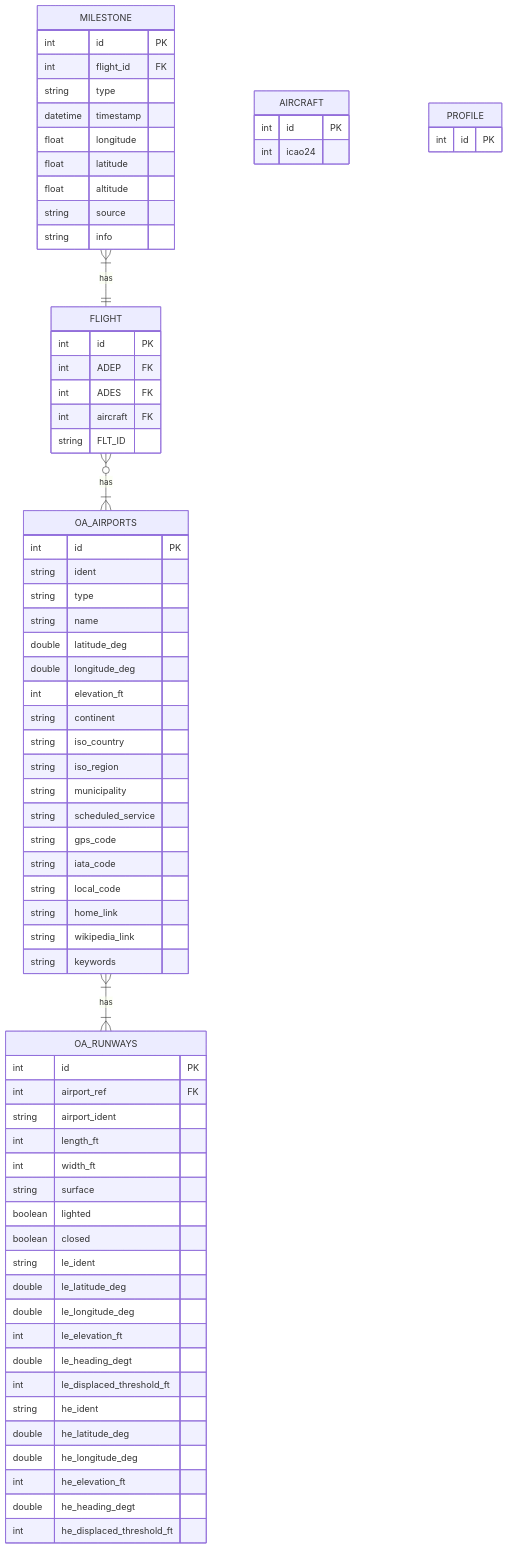
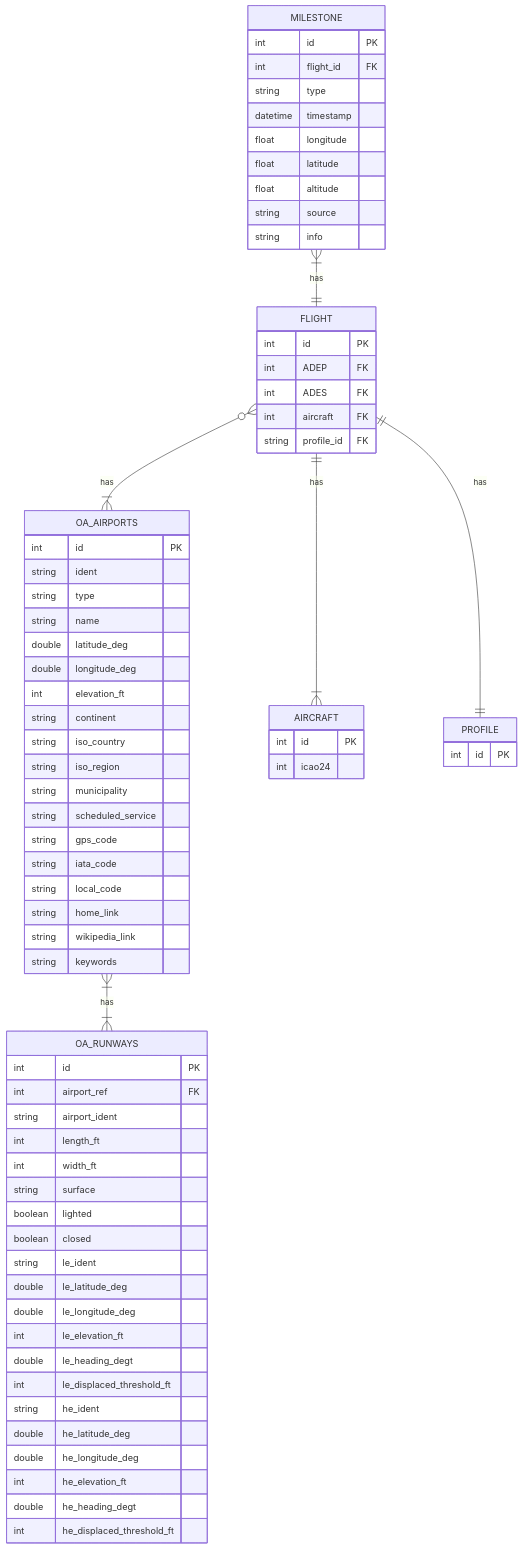
One commit to euctrl-pru/flight-milestones-concepts changed the diagram in index.qmd. Above: the diagram before and after it, drawn with Mermaid. The commit also changed 2 other files, not shown here.

Commit message:
Updated ER Diagram

````diff
--- a/index.qmd
+++ b/index.qmd
@@ -134,78 +134,80 @@
 ```{mermaid}
 %%| label: fig-er-diagram
 %%| fig-cap: "Entity-Relationship diagram for Milestone and relevant concepts."
 
 erDiagram
     MILESTONE {
         int id PK
         int flight_id FK
         string type
         datetime timestamp
         float longitude
         float latitude
         float altitude
         string source
         string info
     }
     FLIGHT {
         int id PK
         int ADEP FK
         int ADES FK
         int aircraft FK
-        string FLT_ID
+        string profile_id FK
     }
     OA_AIRPORTS {
         int id PK
         string ident
         string type
         string name
         double latitude_deg
         double longitude_deg
         int elevation_ft
         string continent
         string iso_country
         string iso_region
         string municipality
         string scheduled_service
         string gps_code
         string iata_code
         string local_code
         string home_link
         string wikipedia_link
         string keywords
     }
     OA_RUNWAYS {
         int id PK
         int airport_ref FK
         string airport_ident
         int length_ft
         int width_ft
         string surface
         boolean lighted
         boolean closed
         string le_ident
         double le_latitude_deg
         double le_longitude_deg
         int le_elevation_ft
         double le_heading_degt
         int le_displaced_threshold_ft
         string he_ident
         double he_latitude_deg
         double he_longitude_deg
         int he_elevation_ft
         double he_heading_degt
         int he_displaced_threshold_ft
     }
     AIRCRAFT {
         int id PK
         int icao24
     }
     PROFILE {
         int id PK
     }
     
     MILESTONE }|--|| FLIGHT : has
     FLIGHT    }o--|{ OA_AIRPORTS : has
     OA_AIRPORTS   }|--|{ OA_RUNWAYS : has
+    FLIGHT ||--|{ AIRCRAFT : has
+    FLIGHT ||--|| PROFILE : has
 
 ```
````
